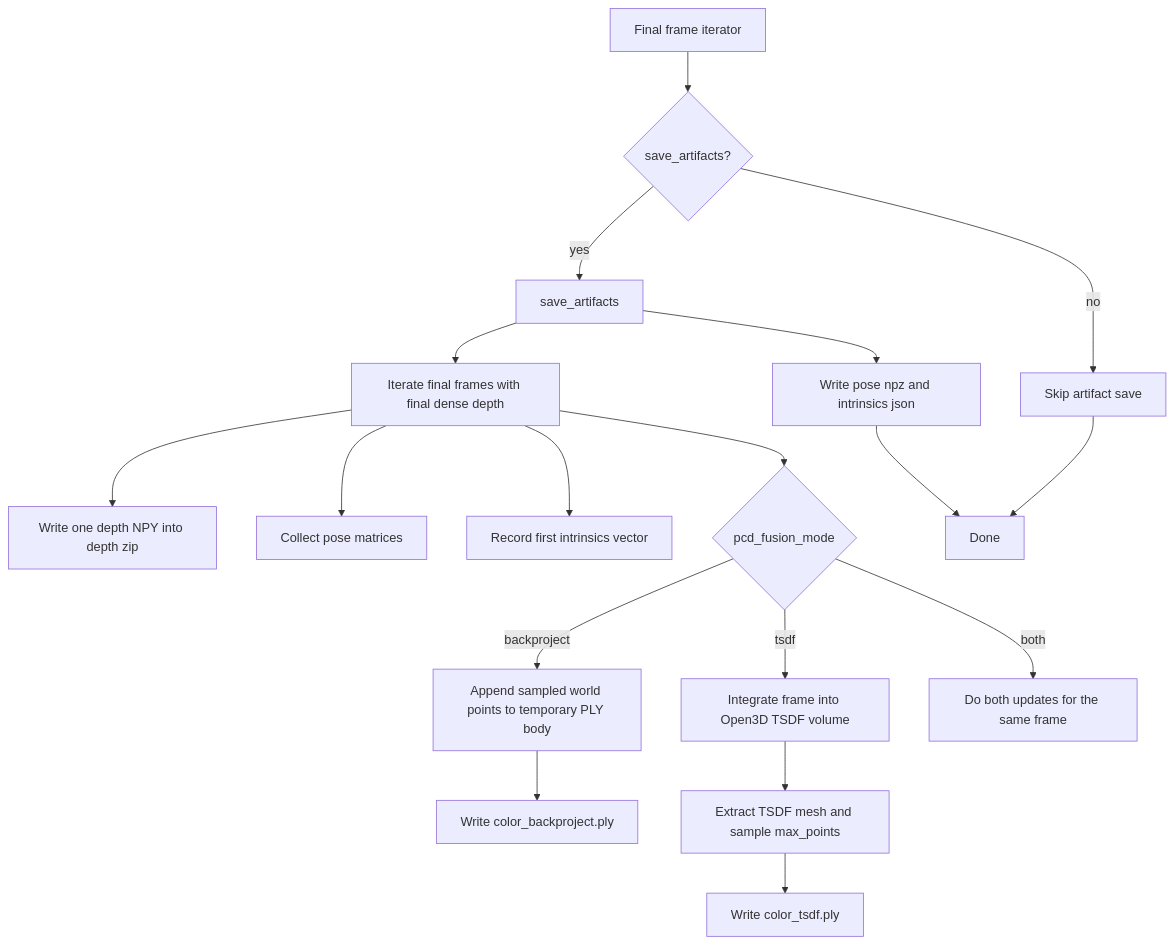
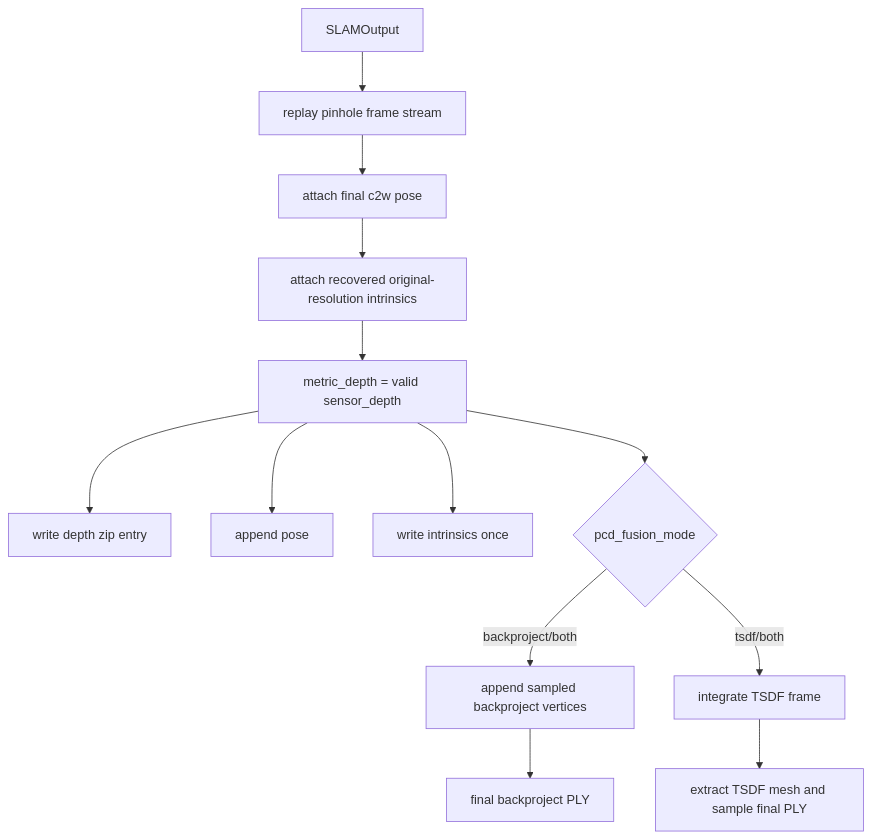
Before and after one commit to sadanand1120/vipe: the sixth of 6 diagrams in fullexplain.md, drawn with Mermaid. The commit also changed other lines of this file and 28 other files, not shown here.

````diff
--- a/fullexplain.md
+++ b/fullexplain.md
@@ -2108,20 +723,15 @@
 ```mermaid
 flowchart TD
-    A[Final frame iterator] --> B{save_artifacts?}
-    B -->|yes| C[save_artifacts]
-    B -->|no| D[Skip artifact save]
-    C --> E[Iterate final frames with final dense depth]
-    E --> F[Write one depth NPY into depth zip]
-    E --> G[Collect pose matrices]
-    E --> H[Record first intrinsics vector]
-    E --> J{pcd_fusion_mode}
-    J -->|backproject| L[Append sampled world points to temporary PLY body]
-    J -->|tsdf| M[Integrate frame into Open3D TSDF volume]
-    J -->|both| R[Do both updates for the same frame]
-    L --> N[Write color_backproject.ply]
-    M --> O[Extract TSDF mesh and sample max_points]
-    O --> P[Write color_tsdf.ply]
-    C --> Q[Write pose npz and intrinsics json]
-    D --> T[Done]
-    Q --> T
+    A[SLAMOutput] --> B[replay pinhole frame stream]
+    B --> C[attach final c2w pose]
+    C --> D[attach recovered original-resolution intrinsics]
+    D --> E[metric_depth = valid sensor_depth]
+    E --> F[write depth zip entry]
+    E --> G[append pose]
+    E --> H[write intrinsics once]
+    E --> I{pcd_fusion_mode}
+    I -->|backproject/both| J[append sampled backproject vertices]
+    I -->|tsdf/both| K[integrate TSDF frame]
+    J --> L[final backproject PLY]
+    K --> M[extract TSDF mesh and sample final PLY]
 ```
````
